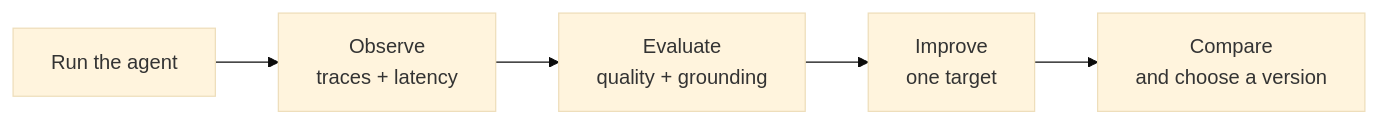
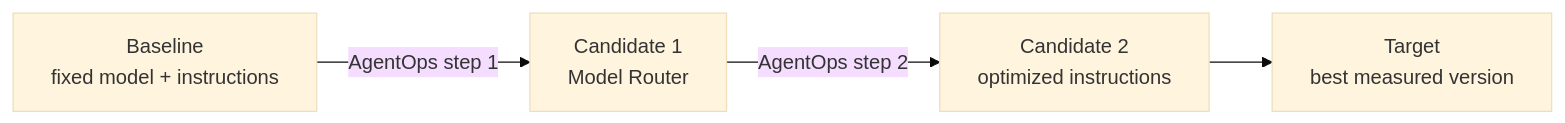
Before and after one commit to nitya/model-mastery: the second of 3 diagrams in foundry/agent-optimization/README.md, drawn with Mermaid (base theme). The commit also changed other lines of this file and 3 other files, not shown here.

Commit message:
Connect AgentOps to hill climbing

````diff
--- a/foundry/agent-optimization/README.md
+++ b/foundry/agent-optimization/README.md
@@ -63,7 +85,7 @@
 ```mermaid
 flowchart LR
-    A["Run the agent"] --> B["Observe<br/>traces + latency"]
-    B --> C["Evaluate<br/>quality + grounding"]
-    C --> D["Improve<br/>one target"]
-    D --> E["Compare<br/>and choose a version"]
+    A["Baseline<br/>fixed model + instructions"]
+    A -->|"AgentOps step 1"| B["Candidate 1<br/>Model Router"]
+    B -->|"AgentOps step 2"| C["Candidate 2<br/>optimized instructions"]
+    C --> D["Target<br/>best measured version"]
 ```
````
